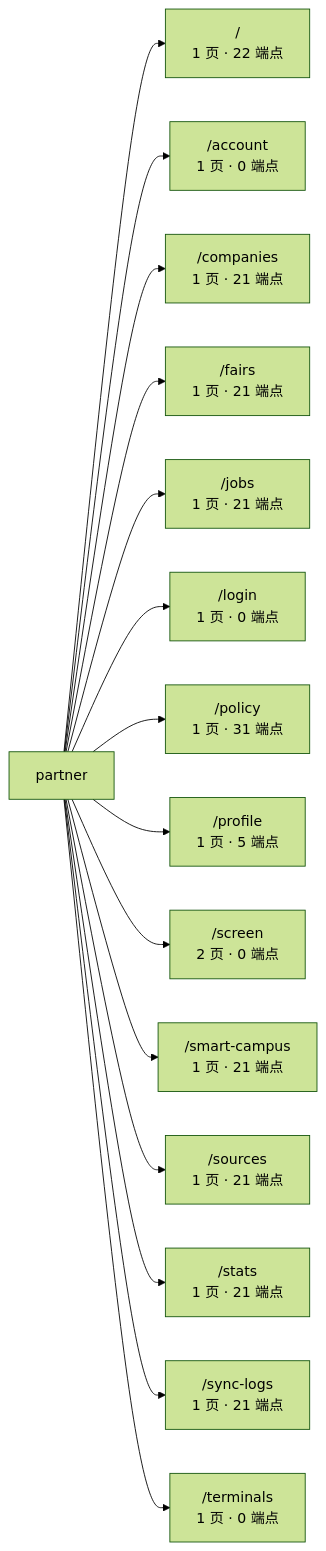
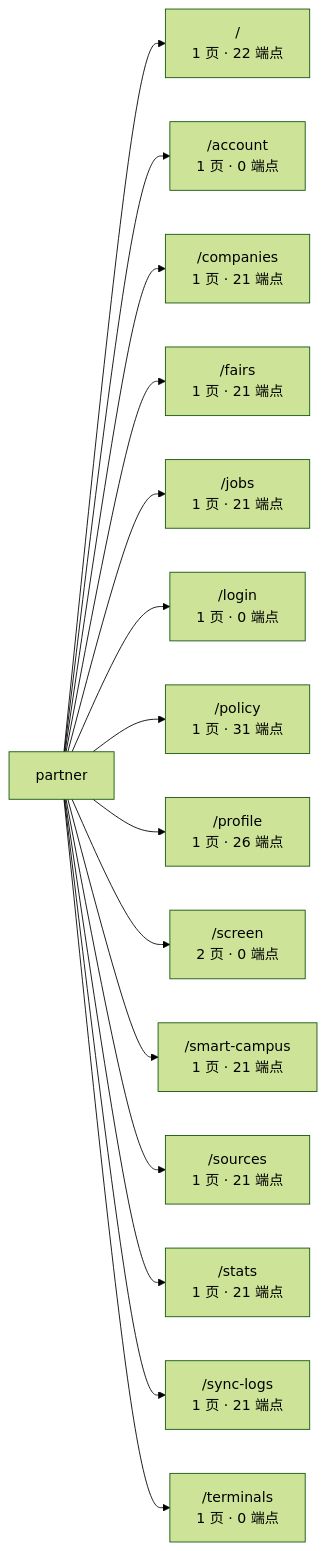
One commit to wanglei581/YITIJI changed the third of 3 diagrams in docs/graph/routes.md. Above: the diagram before and after it, drawn with Mermaid (forest theme). The commit also changed other lines of this file and 3 other files, not shown here.

Commit message:
docs(progress): consoles batch 1 (P-01, P-02, P-03); graph regenerated

````diff
--- a/docs/graph/routes.md
+++ b/docs/graph/routes.md
@@ -431,18 +431,18 @@
 ```mermaid
 flowchart LR
   app["partner"]
   app --> _root_["/<br/>1 页 · 22 端点"]
   app --> account["/account<br/>1 页 · 0 端点"]
   app --> companies["/companies<br/>1 页 · 21 端点"]
   app --> fairs["/fairs<br/>1 页 · 21 端点"]
   app --> jobs["/jobs<br/>1 页 · 21 端点"]
   app --> login["/login<br/>1 页 · 0 端点"]
   app --> policy["/policy<br/>1 页 · 31 端点"]
-  app --> profile["/profile<br/>1 页 · 5 端点"]
+  app --> profile["/profile<br/>1 页 · 26 端点"]
   app --> screen["/screen<br/>2 页 · 0 端点"]
   app --> smart_campus["/smart-campus<br/>1 页 · 21 端点"]
   app --> sources["/sources<br/>1 页 · 21 端点"]
   app --> stats["/stats<br/>1 页 · 21 端点"]
   app --> sync_logs["/sync-logs<br/>1 页 · 21 端点"]
   app --> terminals["/terminals<br/>1 页 · 0 端点"]
 ```
````
